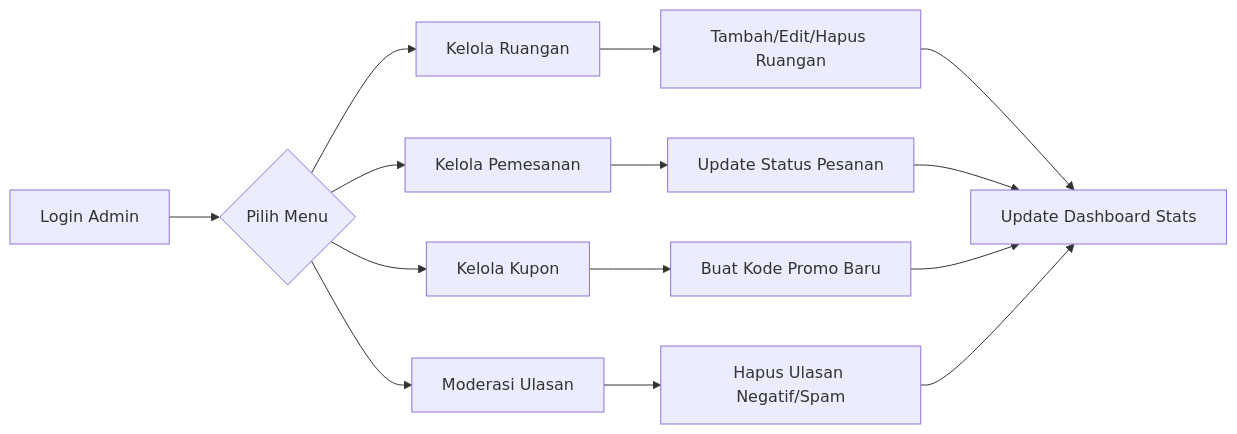
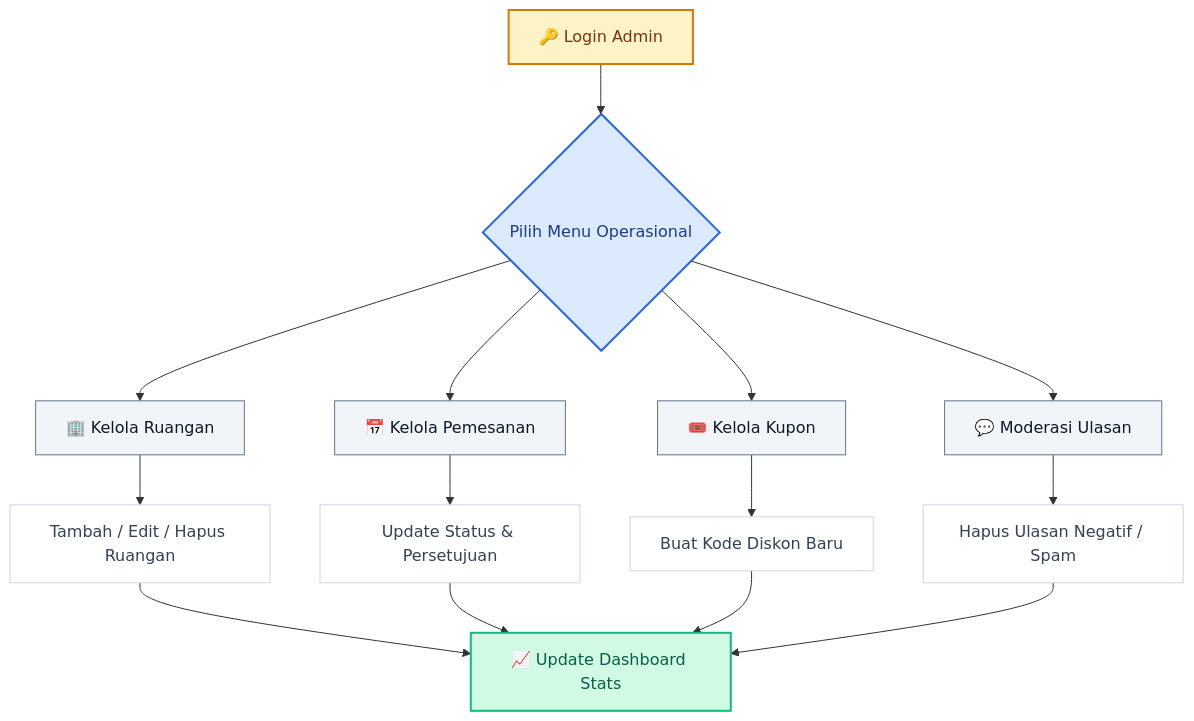
The third of 4 diagrams in docs/diagram_arsitektur.md (Fdlnahmd/w46space), drawn with Mermaid before and after one commit. The commit also changed other lines of this file and 11 other files, not shown here.

Commit message:
update readme & diagram

````diff
--- a/docs/diagram_arsitektur.md
+++ b/docs/diagram_arsitektur.md
@@ -86,15 +126,27 @@
 ```mermaid
-graph LR
-    A[Login Admin] --> B{Pilih Menu}
-    B --> C[Kelola Ruangan]
-    B --> D[Kelola Pemesanan]
-    B --> E[Kelola Kupon]
-    B --> F[Moderasi Ulasan]
+graph TD
+    A[🔑 Login Admin] --> B{Pilih Menu Operasional}
     
-    C --> C1[Tambah/Edit/Hapus Ruangan]
-    D --> D1[Update Status Pesanan]
-    E --> E1[Buat Kode Promo Baru]
-    F --> F1[Hapus Ulasan Negatif/Spam]
+    B --> C[🏢 Kelola Ruangan]
+    B --> D[📅 Kelola Pemesanan]
+    B --> E[🎟️ Kelola Kupon]
+    B --> F[💬 Moderasi Ulasan]
     
-    C1 & D1 & E1 & F1 --> G[Update Dashboard Stats]
+    C --> C1[Tambah / Edit / Hapus Ruangan]
+    D --> D1[Update Status & Persetujuan]
+    E --> E1[Buat Kode Diskon Baru]
+    F --> F1[Hapus Ulasan Negatif / Spam]
+    
+    C1 & D1 & E1 & F1 --> G[📈 Update Dashboard Stats]
+    
+    %% Styling
+    style A fill:#fef3c7,stroke:#d97706,stroke-width:2px,color:#78350f
+    style B fill:#dbeafe,stroke:#2563eb,stroke-width:2px,color:#1e3a8a
+    style G fill:#d1fae5,stroke:#10b981,stroke-width:2px,color:#065f46
+    
+    classDef action fill:#f1f5f9,stroke:#64748b,stroke-width:1px,color:#0f172a
+    class C,D,E,F action
+    
+    classDef detail fill:#ffffff,stroke:#cbd5e1,stroke-width:1px,color:#334155
+    class C1,D1,E1,F1 detail
 ```
````
